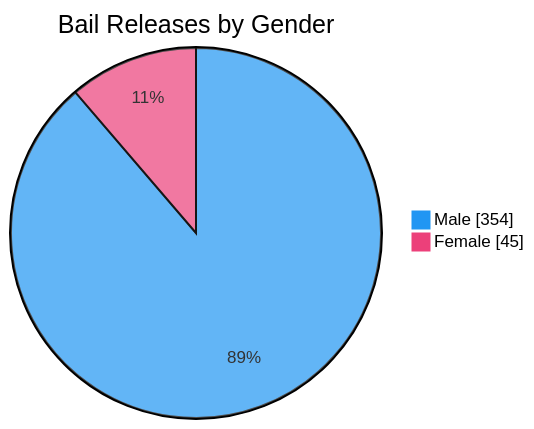
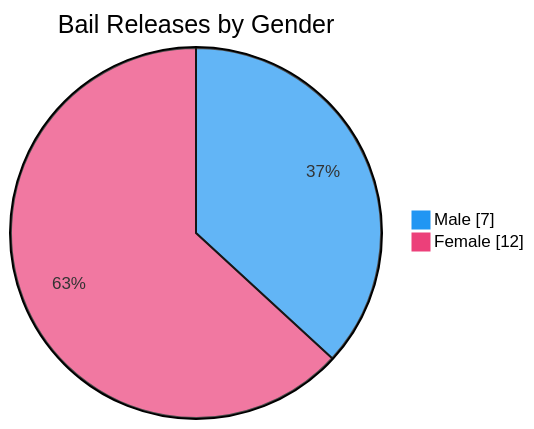
One commit to nuuuwan/lk_prisons changed the seventh of 7 diagrams in README.md. Above: the diagram before and after it, drawn with Mermaid. The commit also changed other lines of this file and 1 other file, not shown here.

````diff
--- a/README.md
+++ b/README.md
@@ -109,6 +109,6 @@
 ```mermaid
 %%{init: {'themeVariables': {'pie1': '#2196F3', 'pie2': '#EC407A'}}}%%
 pie showData title Bail Releases by Gender
-    "Male" : 354
-    "Female" : 45
+    "Male" : 7
+    "Female" : 12
 ```
````
